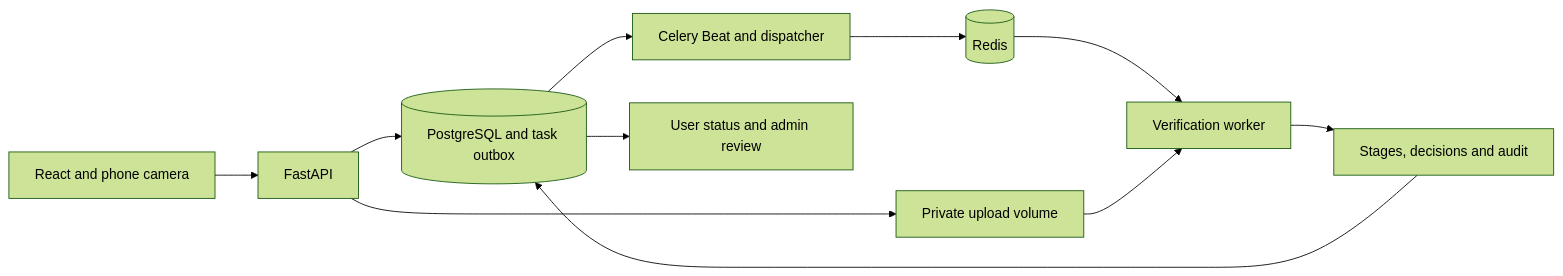
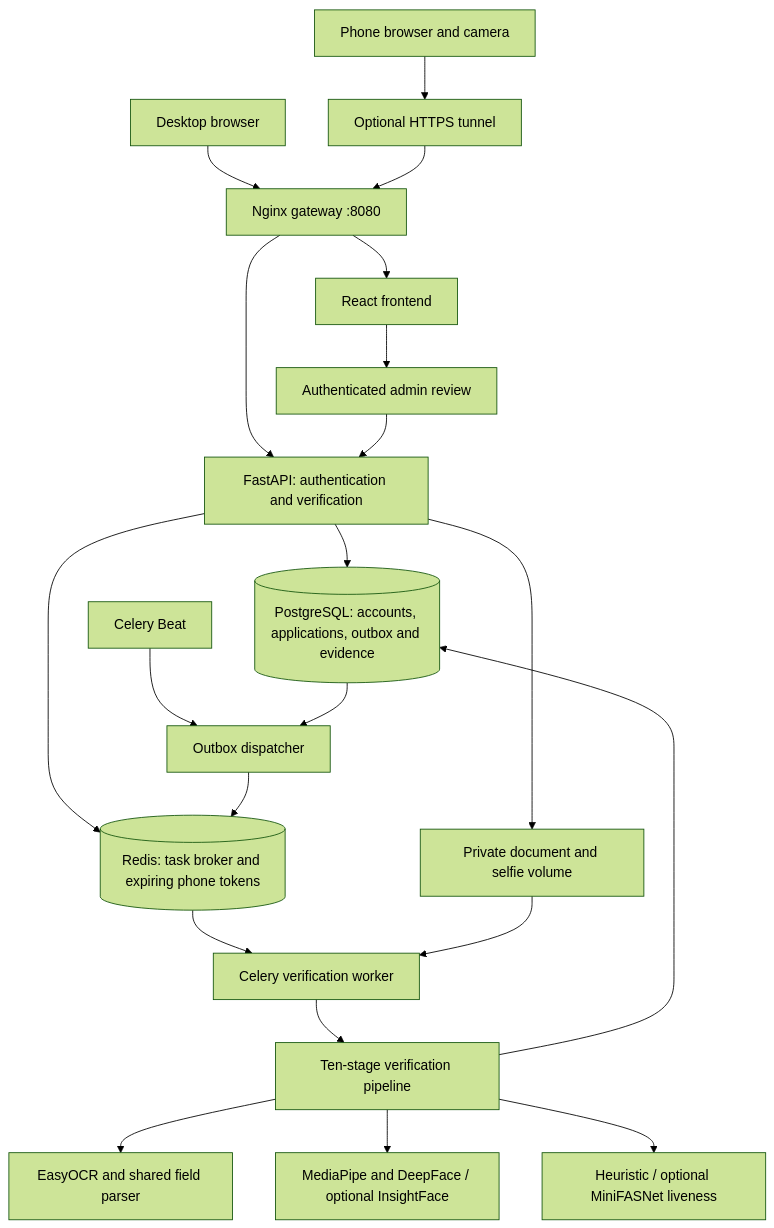
One commit to didar-ali-deed/Identity-Verification-System changed the diagram in README.md. Above: the diagram before and after it, drawn with Mermaid (forest theme). The commit also changed other lines of this file and 5 other files, not shown here.

Commit message:
Document verification architecture and fix face and passport parsing

````diff
--- a/README.md
+++ b/README.md
@@ -118,13 +118,23 @@
 ```mermaid
-flowchart LR
-    Browser[React and phone camera] --> API[FastAPI]
-    API --> DB[(PostgreSQL and task outbox)]
-    API --> Files[Private upload volume]
-    DB --> Dispatcher[Celery Beat and dispatcher]
-    Dispatcher --> Redis[(Redis)]
-    Redis --> Worker[Verification worker]
-    Files --> Worker
-    Worker --> Evidence[Stages, decisions and audit]
-    Evidence --> DB
-    DB --> Review[User status and admin review]
+flowchart TB
+    Desktop[Desktop browser] --> Proxy[Nginx gateway :8080]
+    Phone[Phone browser and camera] --> Tunnel[Optional HTTPS tunnel]
+    Tunnel --> Proxy
+    Proxy --> UI[React frontend]
+    Proxy --> API[FastAPI: authentication and verification]
+    API --> DB[(PostgreSQL: accounts, applications, outbox and evidence)]
+    API --> Uploads[Private document and selfie volume]
+    API --> Redis[(Redis: task broker and expiring phone tokens)]
+    Beat[Celery Beat] --> Dispatch[Outbox dispatcher]
+    DB --> Dispatch
+    Dispatch --> Redis
+    Redis --> Worker[Celery verification worker]
+    Uploads --> Worker
+    Worker --> Pipeline[Ten-stage verification pipeline]
+    Pipeline --> OCR[EasyOCR and shared field parser]
+    Pipeline --> Face[MediaPipe and DeepFace / optional InsightFace]
+    Pipeline --> PAD[Heuristic / optional MiniFASNet liveness]
+    Pipeline --> DB
+    UI --> Review[Authenticated admin review]
+    Review --> API
 ```
````
